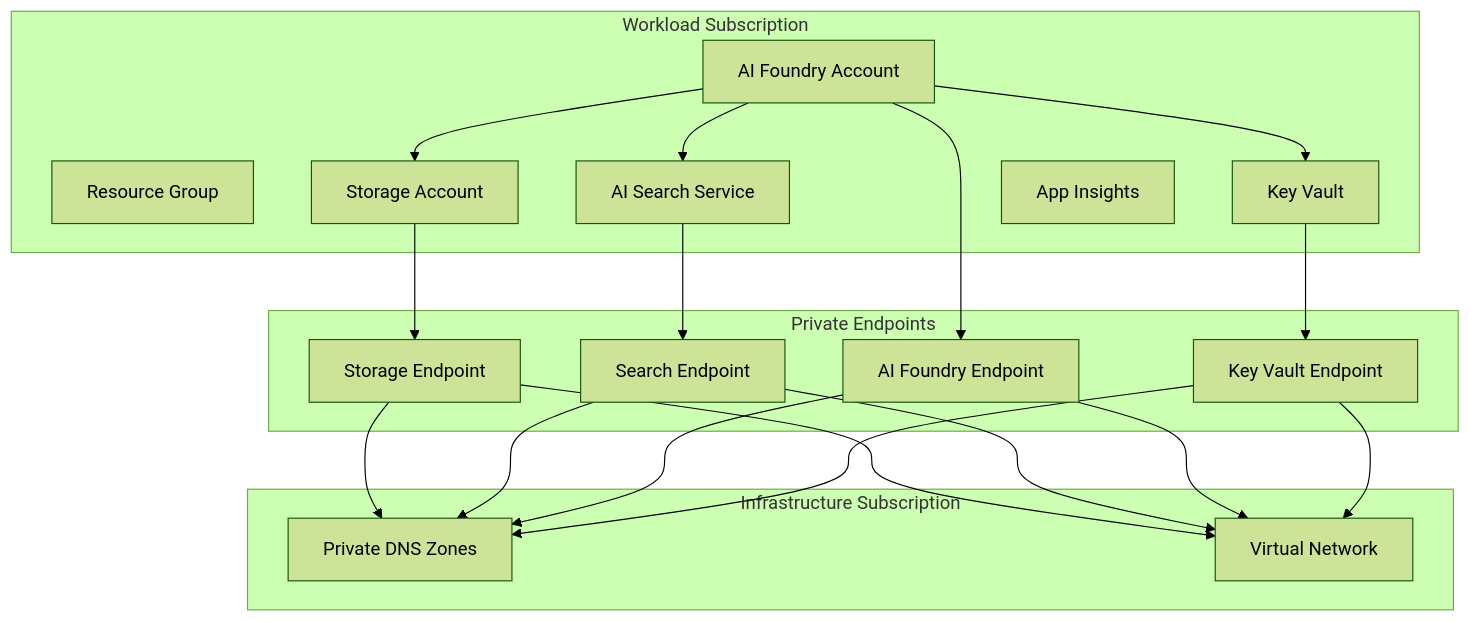
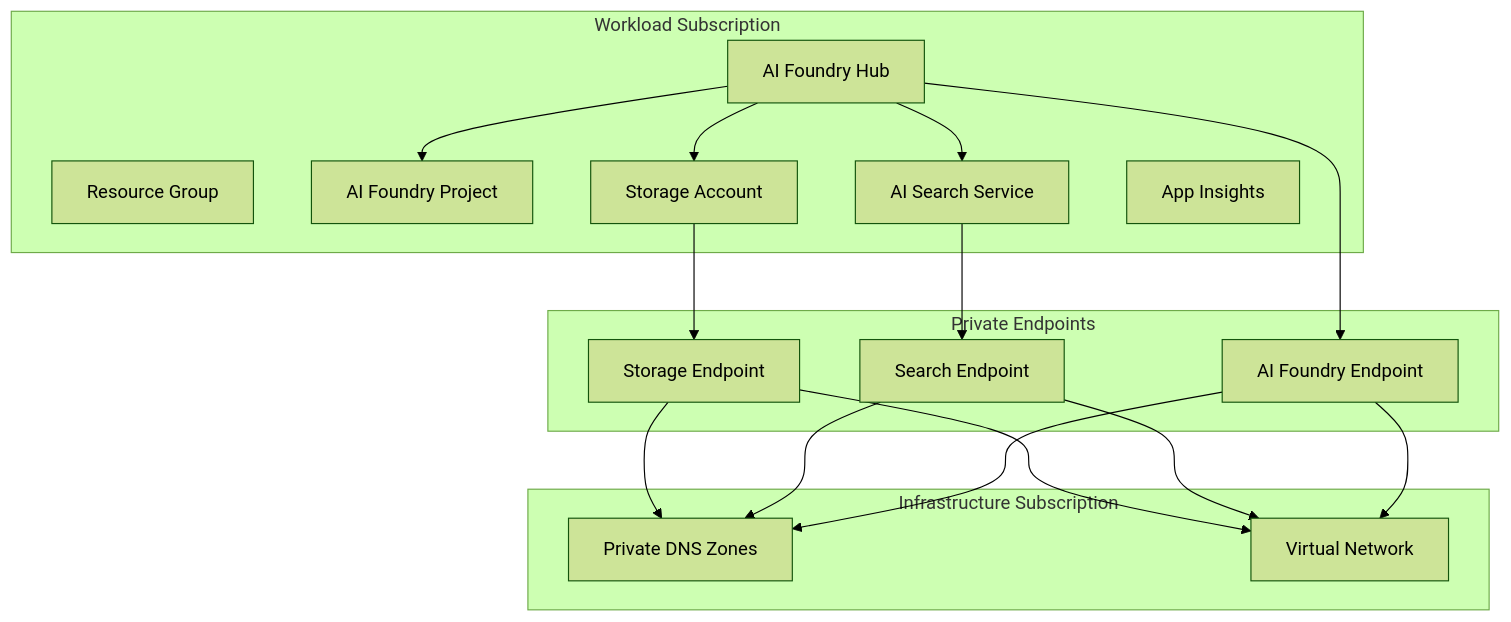
Before and after one commit to sramayanam/aifoundrylandingzone: the diagram in README.md, drawn with Mermaid (forest theme). The commit also changed other lines of this file, not shown here.

````diff
--- a/README.md
+++ b/README.md
@@ -33,39 +49,35 @@
 ```mermaid
 graph TB
     subgraph "Infrastructure Subscription"
         DNS[Private DNS Zones]
         VNET[Virtual Network]
     end
     
     subgraph "Workload Subscription"
         RG[Resource Group]
-        AI[AI Foundry Account]
+        AI[AI Foundry Hub]
+        PROJ[AI Foundry Project]
         ST[Storage Account]
         SRCH[AI Search Service]
-        KV[Key Vault]
         MON[App Insights]
     end
     
     subgraph "Private Endpoints"
         PE1[Storage Endpoint]
         PE2[Search Endpoint]
         PE3[AI Foundry Endpoint]
-        PE4[Key Vault Endpoint]
     end
     
+    AI --> PROJ
     AI --> ST
     AI --> SRCH
-    AI --> KV
     ST --> PE1
     SRCH --> PE2
     AI --> PE3
-    KV --> PE4
     PE1 --> DNS
     PE2 --> DNS
     PE3 --> DNS
-    PE4 --> DNS
     PE1 --> VNET
     PE2 --> VNET
     PE3 --> VNET
-    PE4 --> VNET
 ```
````
